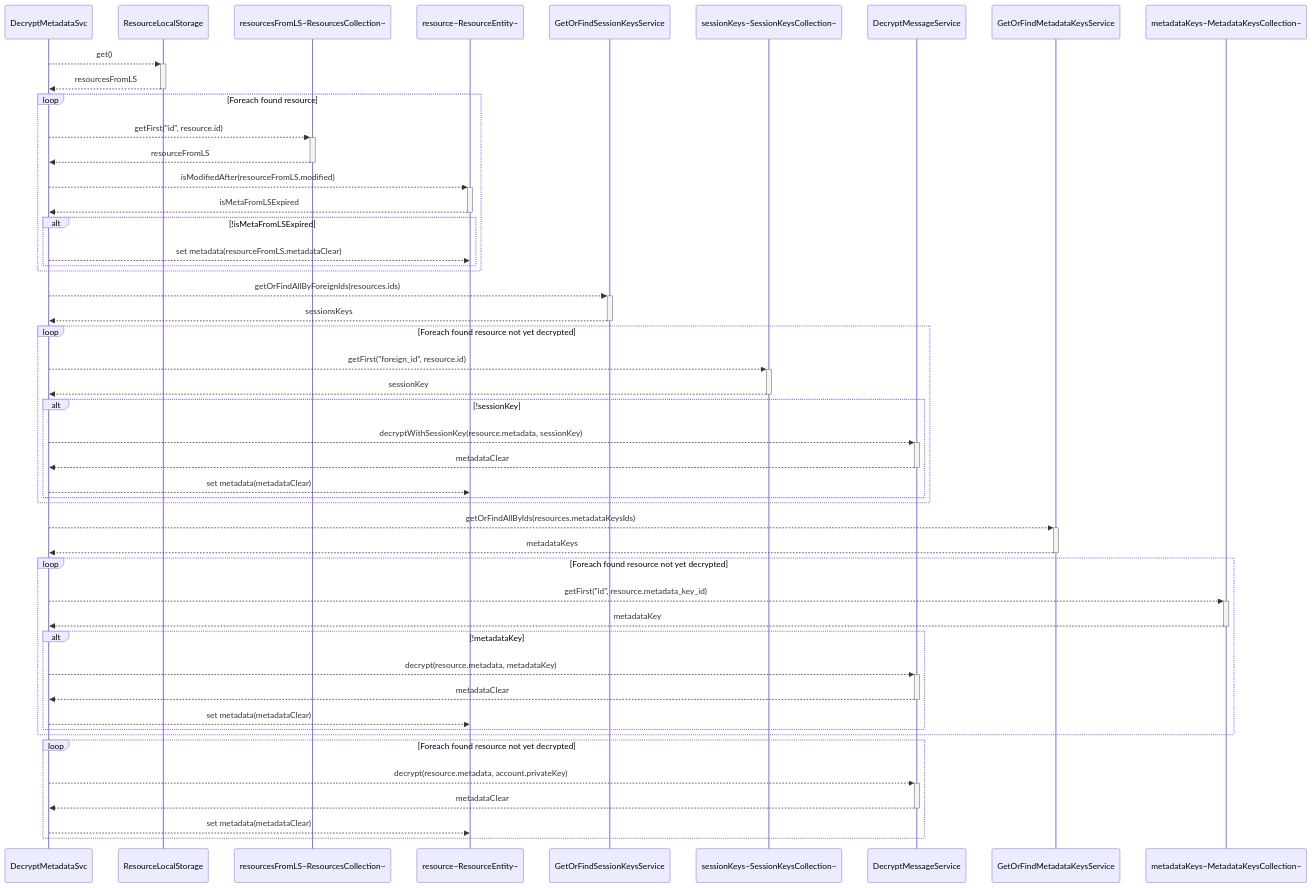
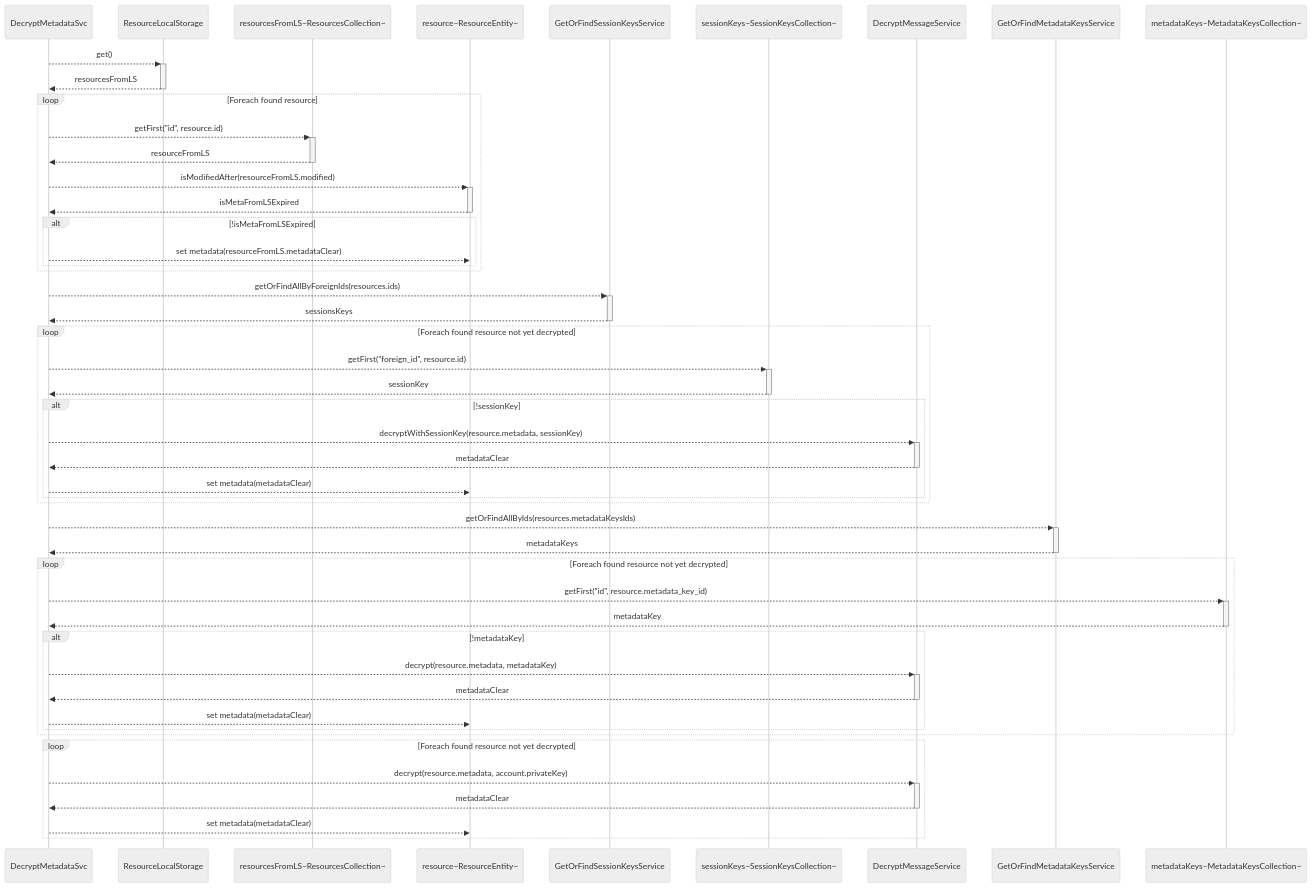
One commit to passbolt/passbolt_browser_extension changed the diagram in doc/resource-find-all-decrypt-metadata-sequence.md. Above: the diagram before and after it, drawn with Mermaid. The commit also changed 2 other files, not shown here.

Commit message:
PB-35359 WP3 Update resource class diagram to support resource creation with v5

````diff
--- a/doc/resource-find-all-decrypt-metadata-sequence.md
+++ b/doc/resource-find-all-decrypt-metadata-sequence.md
@@ -1,51 +1,51 @@
 ```mermaid
-%%{init: {'theme':'neutra'}}%%
+%%{init: {'theme':'neutral'}}%%
 sequenceDiagram
 
 %% Retrieve resources from LS
 DecryptMetadataSvc-->>+ResourceLocalStorage: get()
 ResourceLocalStorage-->>-DecryptMetadataSvc: resourcesFromLS
 
 %% Reuse metadata from LS whenever possible
 loop Foreach found resource
     DecryptMetadataSvc-->>+resourcesFromLS~ResourcesCollection~: getFirst("id", resource.id)
     resourcesFromLS~ResourcesCollection~-->>-DecryptMetadataSvc: resourceFromLS
     DecryptMetadataSvc-->>+resource~ResourceEntity~: isModifiedAfter(resourceFromLS.modified)
     resource~ResourceEntity~-->>-DecryptMetadataSvc: isMetaFromLSExpired
     alt !isMetaFromLSExpired
         DecryptMetadataSvc-->>resource~ResourceEntity~: set metadata(resourceFromLS.metadataClear)
     end
 end
 
 %% Decrypt metadata with session key whenever possible
 DecryptMetadataSvc-->>+GetOrFindSessionKeysService: getOrFindAllByForeignIds(resources.ids)
 GetOrFindSessionKeysService-->>-DecryptMetadataSvc: sessionsKeys
 loop Foreach found resource not yet decrypted
     DecryptMetadataSvc-->>+sessionKeys~SessionKeysCollection~: getFirst("foreign_id", resource.id)
     sessionKeys~SessionKeysCollection~-->>-DecryptMetadataSvc: sessionKey
     alt !sessionKey
         DecryptMetadataSvc-->>+DecryptMessageService: decryptWithSessionKey(resource.metadata, sessionKey)
         DecryptMessageService-->>-DecryptMetadataSvc: metadataClear
         DecryptMetadataSvc-->>resource~ResourceEntity~: set metadata(metadataClear)
     end
 end
 
 %% Decrypt with meta key whenever possible
 DecryptMetadataSvc-->>+GetOrFindMetadataKeysService: getOrFindAllByIds(resources.metadataKeysIds)
 GetOrFindMetadataKeysService-->>-DecryptMetadataSvc: metadataKeys
 loop Foreach found resource not yet decrypted
     DecryptMetadataSvc-->>+metadataKeys~MetadataKeysCollection~: getFirst("id", resource.metadata_key_id)
     metadataKeys~MetadataKeysCollection~-->>-DecryptMetadataSvc: metadataKey
     alt !metadataKey
         DecryptMetadataSvc-->>+DecryptMessageService: decrypt(resource.metadata, metadataKey)
         DecryptMessageService-->>-DecryptMetadataSvc: metadataClear
         DecryptMetadataSvc-->>resource~ResourceEntity~: set metadata(metadataClear)
     end
 end
 
 loop Foreach found resource not yet decrypted
     DecryptMetadataSvc-->>+DecryptMessageService: decrypt(resource.metadata, account.privateKey)
     DecryptMessageService-->>-DecryptMetadataSvc: metadataClear
     DecryptMetadataSvc-->>resource~ResourceEntity~: set metadata(metadataClear)
 end
 ```
````
